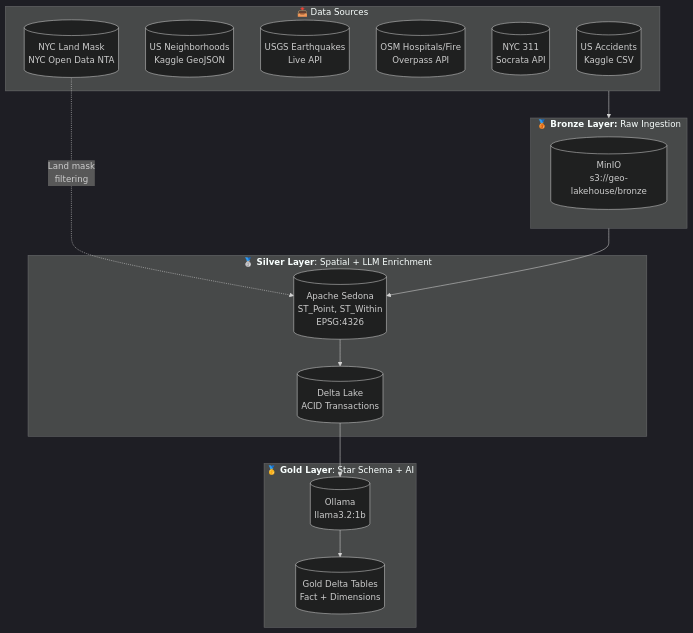
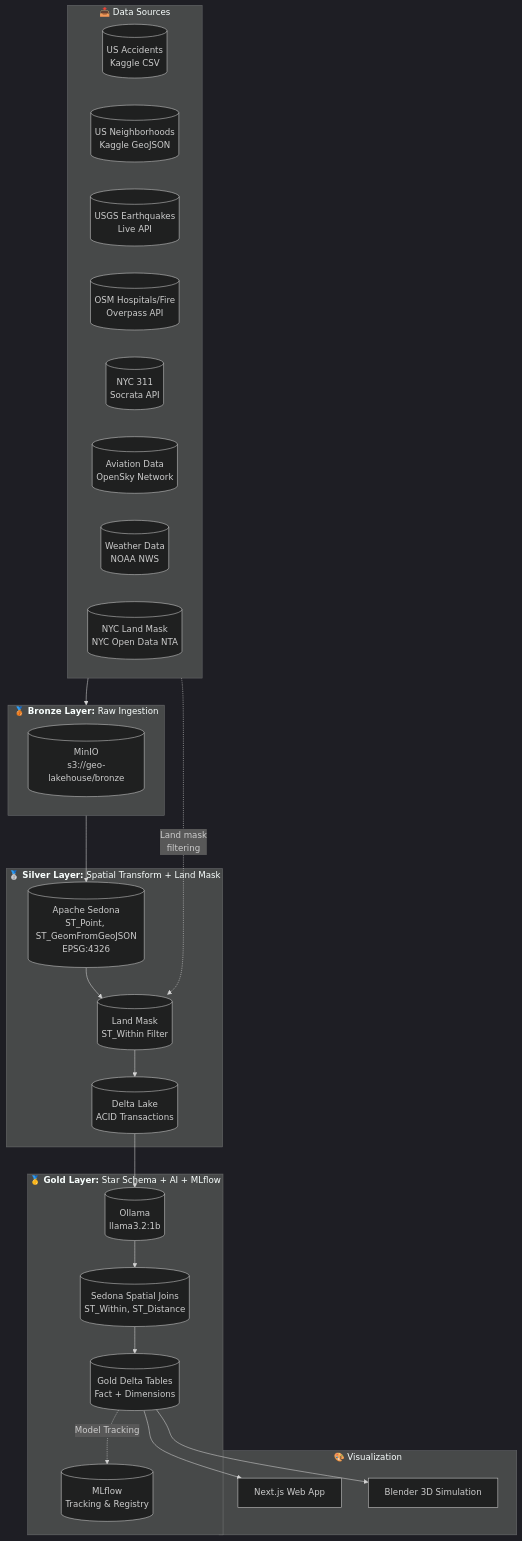
Before and after one commit to matiasmagni/geo-ai-medallion-architecture-pipeline: the first of 5 diagrams in README.md, drawn with Mermaid (dark theme). The commit also changed other lines of this file and 23 other files, not shown here.

````diff
--- a/README.md
+++ b/README.md
@@ -32,32 +38,48 @@
 ```mermaid
 flowchart TB
     subgraph Sources["📥 Data Sources"]
+        direction LR
         S1[("US Accidents<br/>Kaggle CSV")]
         S2[("US Neighborhoods<br/>Kaggle GeoJSON")]
         S3[("USGS Earthquakes<br/>Live API")]
         S4[("OSM Hospitals/Fire<br/>Overpass API")]
         S5[("NYC 311<br/>Socrata API")]
-        S6[("NYC Land Mask<br/>NYC Open Data NTA")]
+        S6[("Aviation Data<br/>OpenSky Network")]
+        S7[("Weather Data<br/>NOAA NWS")]
+        S8[("NYC Land Mask<br/>NYC Open Data NTA")]
     end
-
+    
     subgraph Bronze["<b>🥉 Bronze Layer:</b> Raw Ingestion"]
         B[("MinIO<br/>s3://geo-lakehouse/bronze")]
     end
-
-    subgraph Silver["<b>🥈 Silver Layer</b>: Spatial + LLM Enrichment"]
-        ST[("Apache Sedona<br/>ST_Point, ST_Within<br/>EPSG:4326")]
+    
+    subgraph Silver["<b>🥈 Silver Layer:</b> Spatial Transform + Land Mask"]
+        ST[("Apache Sedona<br/>ST_Point, ST_GeomFromGeoJSON<br/>EPSG:4326")]
+        Mask[("Land Mask<br/>ST_Within Filter")]
         SDelta[("Delta Lake<br/>ACID Transactions")]
     end
-
-    subgraph Gold["<b>🥇 Gold Layer</b>: Star Schema + AI"]
+    
+    subgraph Gold["<b>🥇 Gold Layer:</b> Star Schema + AI + MLflow"]
         Ollama[("Ollama<br/>llama3.2:1b")]
+        SJ[("Sedona Spatial Joins<br/>ST_Within, ST_Distance")]
         GF[("Gold Delta Tables<br/>Fact + Dimensions")]
+        MLflow[("MLflow<br/>Tracking & Registry")]
     end
-
+    
+    subgraph Viz["🎨 Visualization"]
+        WA["Next.js Web App"]
+        B3D["Blender 3D Simulation"]
+    end
+    
     Sources --> Bronze
     Bronze --> ST
-    ST --> SDelta
+    ST --> Mask
+    S8 -.->|Land mask<br/>filtering| Mask
+    Mask --> SDelta
     SDelta --> Ollama
-    Ollama --> GF
-    S6 -.->|Land mask<br/>filtering| ST
+    Ollama --> SJ
+    SJ --> GF
+    GF -.->|Model Tracking| MLflow
+    GF --> WA
+    GF --> B3D
 ```
````
